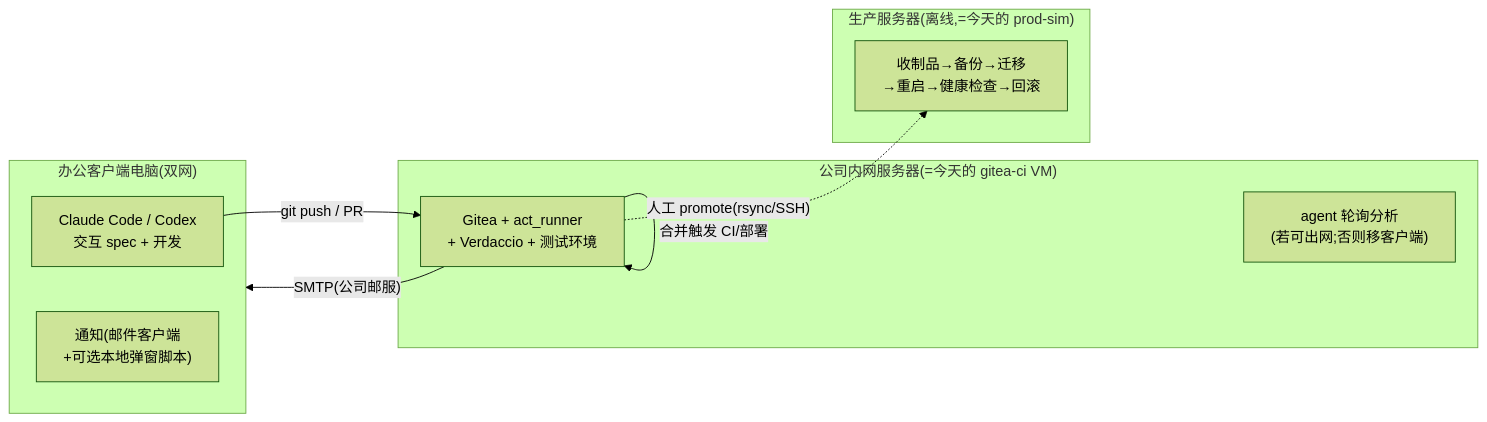
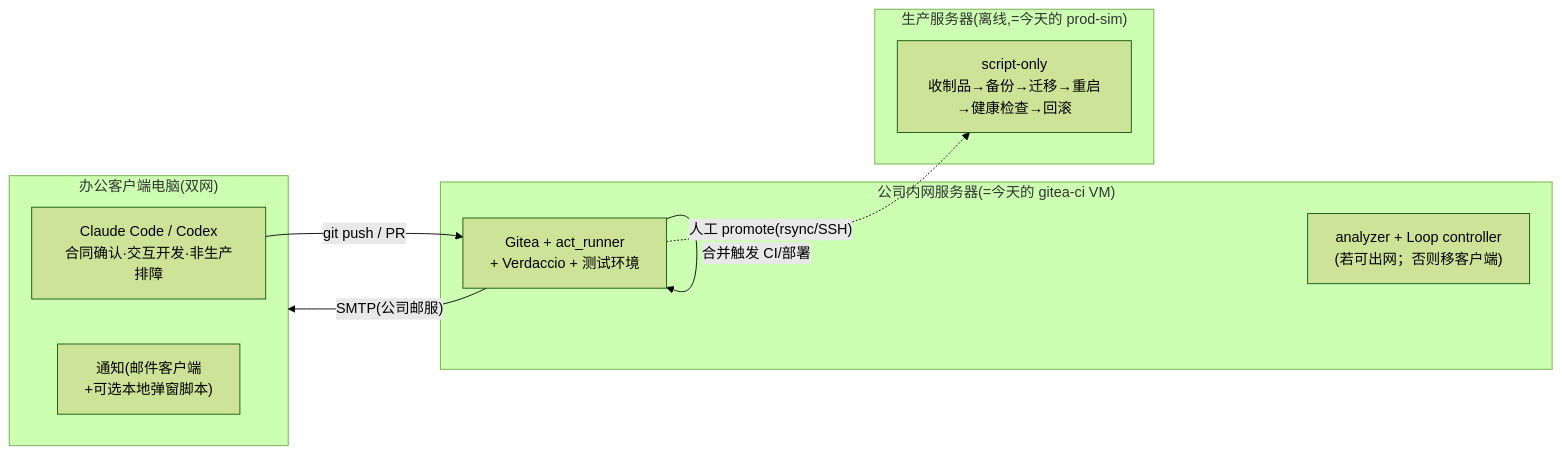
The diagram in 07-内网与生产平移路线.md (BenQue/AIGitea), drawn with Mermaid (forest theme) before and after one commit. The commit also changed other lines of this file and 5 other files, not shown here.

````diff
--- a/07-内网与生产平移路线.md
+++ b/07-内网与生产平移路线.md
@@ -7,18 +7,18 @@
 ```mermaid
 flowchart LR
     subgraph CLIENT["办公客户端电脑(双网)"]
-        AI["Claude Code / Codex<br/>交互 spec + 开发"]
+        AI["Claude Code / Codex<br/>合同确认·交互开发·非生产排障"]
         NOTIFY["通知(邮件客户端<br/>+可选本地弹窗脚本)"]
     end
     subgraph INTRA["公司内网服务器(=今天的 gitea-ci VM)"]
         G2["Gitea + act_runner<br/>+ Verdaccio + 测试环境"]
-        AGENT2["agent 轮询分析<br/>(若可出网;否则移客户端)"]
+        AGENT2["analyzer + Loop controller<br/>(若可出网；否则移客户端)"]
     end
     subgraph PRODSRV["生产服务器(离线,=今天的 prod-sim)"]
-        P2["收制品→备份→迁移<br/>→重启→健康检查→回滚"]
+        P2["script-only<br/>收制品→备份→迁移→重启→健康检查→回滚"]
     end
     AI -->|"git push / PR"| G2
     G2 -->|"合并触发 CI/部署"| G2
     G2 -.->|"人工 promote(rsync/SSH)"| P2
     G2 -->|"SMTP(公司邮服)"| CLIENT
 ```
````
